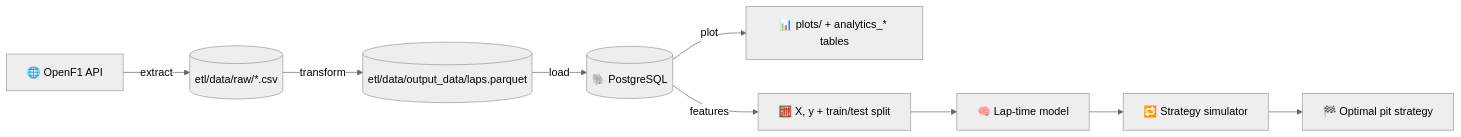
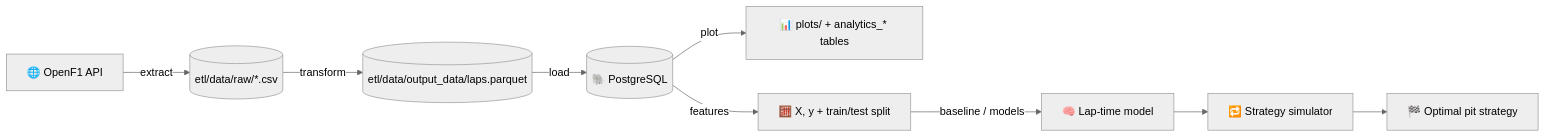
The diagram in README.md (anabbarbosa/predictive_race_strategy), drawn with Mermaid (neutral theme) before and after one commit. The commit also changed other lines of this file, not shown here.

Commit message:
feat: update README with baseline model details and evaluation metrics

````diff
--- a/README.md
+++ b/README.md
@@ -39,11 +39,11 @@
 ```mermaid
 flowchart LR
     A[🌐 OpenF1 API] -->|extract| B[(etl/data/raw/*.csv)]
     B -->|transform| C[(etl/data/output_data/laps.parquet)]
     C -->|load| D[(🐘 PostgreSQL)]
     D -->|plot| H[📊 plots/ + analytics_* tables]
     D -->|features| I[🧮 X, y + train/test split]
-    I --> E[🧠 Lap-time model]
+    I -->|baseline / models| E[🧠 Lap-time model]
     E --> F[🔁 Strategy simulator]
     F --> G[🏁 Optimal pit strategy]
 ```
````
